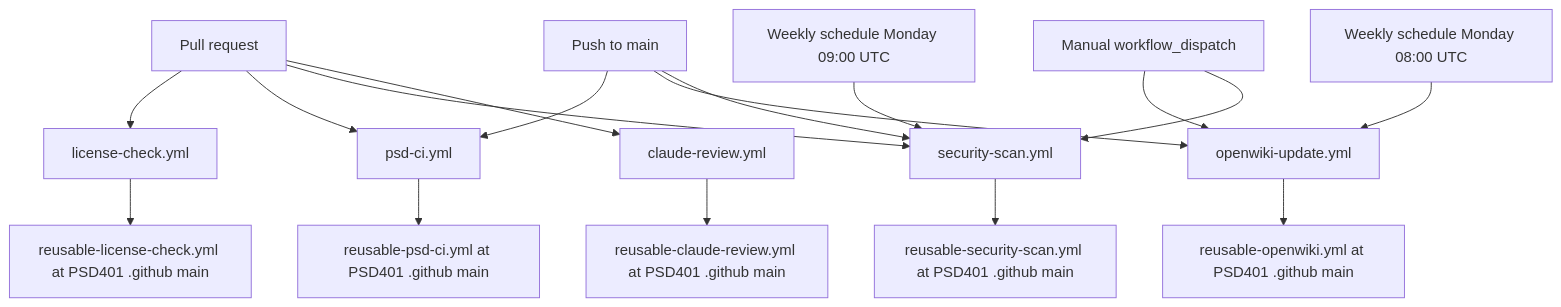
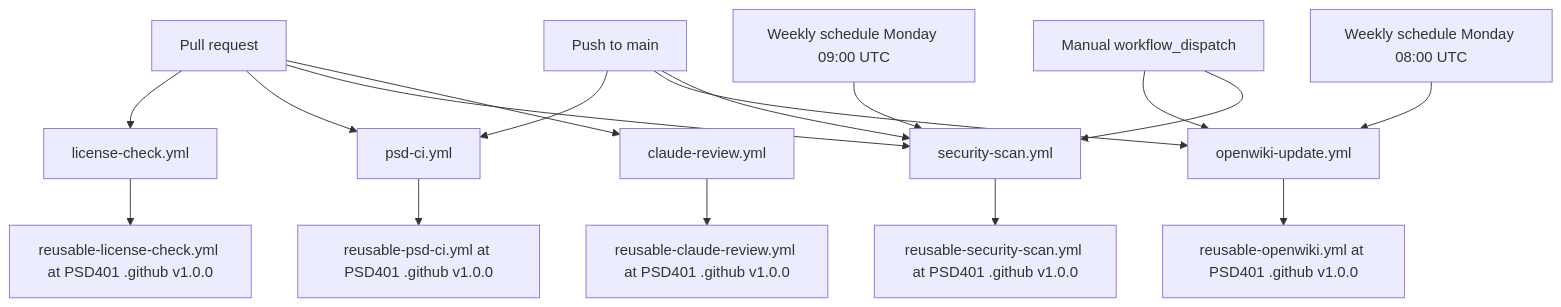
Before and after one commit to psd401/psd-standards-canary: the diagram in openwiki/delivery/ci-workflows.md, drawn with Mermaid. The commit also changed other lines of this file and 5 other files, not shown here.

````diff
--- a/openwiki/delivery/ci-workflows.md
+++ b/openwiki/delivery/ci-workflows.md
@@ -21,19 +21,19 @@
 ```mermaid
 flowchart TD
   PR["Pull request"] --> LC["license-check.yml"]
   PR --> CI["psd-ci.yml"]
   PR --> SS["security-scan.yml"]
   PR --> CR["claude-review.yml"]
   PUSH["Push to main"] --> CI
   PUSH --> OW["openwiki-update.yml"]
   PUSH --> SS
   CRON["Weekly schedule Monday 08:00 UTC"] --> OW
   SCAN["Weekly schedule Monday 09:00 UTC"] --> SS
   MANUAL["Manual workflow_dispatch"] --> OW
   MANUAL --> SS
-  CI --> RCI["reusable-psd-ci.yml at PSD401 .github main"]
-  LC --> RLC["reusable-license-check.yml at PSD401 .github main"]
-  OW --> ROW["reusable-openwiki.yml at PSD401 .github main"]
-  SS --> RSS["reusable-security-scan.yml at PSD401 .github main"]
-  CR --> RCR["reusable-claude-review.yml at PSD401 .github main"]
+  CI --> RCI["reusable-psd-ci.yml at PSD401 .github v1.0.0"]
+  LC --> RLC["reusable-license-check.yml at PSD401 .github v1.0.0"]
+  OW --> ROW["reusable-openwiki.yml at PSD401 .github v1.0.0"]
+  SS --> RSS["reusable-security-scan.yml at PSD401 .github v1.0.0"]
+  CR --> RCR["reusable-claude-review.yml at PSD401 .github v1.0.0"]
 ```
````
